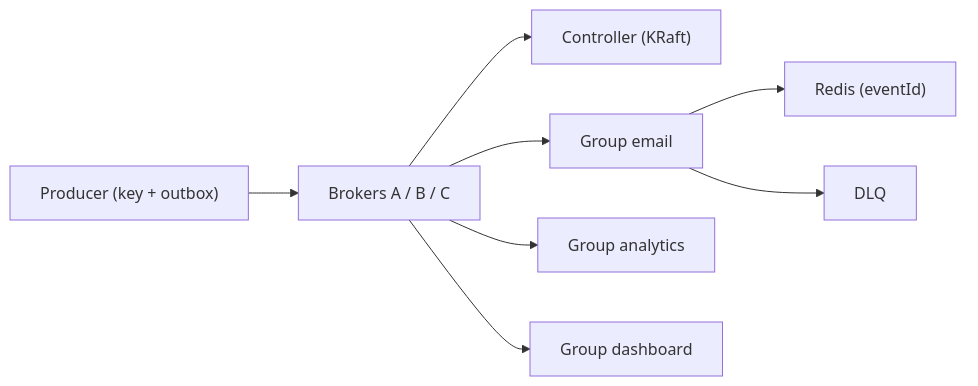
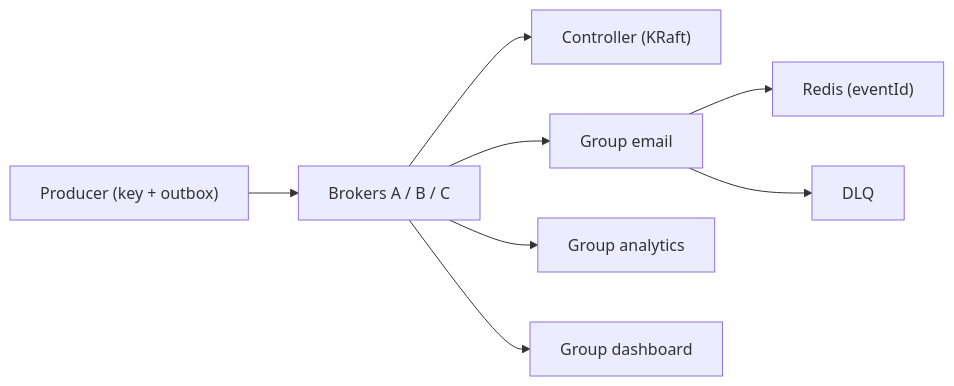
One commit to ArpanMaheshwari144/Prep changed diagram 12 of 12 in 04_HLD/SYSTEM_DESIGNS/12_message_queue_kafka/12_message_queue_kafka.md. Above: the diagram before and after it, drawn with Mermaid. The commit also changed other lines of this file and 182 other files, not shown here.

Commit message:
hld 14 file: har diagram mermaid-cli se SVG image (source details me), n_pad hataya, render tool 04_HLD/tools

````diff
--- a/04_HLD/SYSTEM_DESIGNS/12_message_queue_kafka/12_message_queue_kafka.md
+++ b/04_HLD/SYSTEM_DESIGNS/12_message_queue_kafka/12_message_queue_kafka.md
@@ -494,22 +542,19 @@
 ```mermaid
 %%{init: {"flowchart": {"wrappingWidth": 450}}}%%
 flowchart LR
     n_P["Producer (key + outbox)"]
     n_B["Brokers A / B / C"]
     n_K["Controller (KRaft)"]
     n_GE["Group email"]
     n_R["Redis (eventId)"]
     n_DLQ["DLQ"]
     n_GA["Group analytics"]
     n_GD["Group dashboard"]
     n_P --> n_B
     n_B --> n_K
     n_B --> n_GE
     n_B --> n_GA
     n_B --> n_GD
     n_GE --> n_R
     n_GE --> n_DLQ
-    n_pad["xxxxxxxxxxxxxxxx"]
-    n_GD ~~~ n_pad
-    style n_pad fill:none,stroke:none,color:#ffffff00
 ```
````
